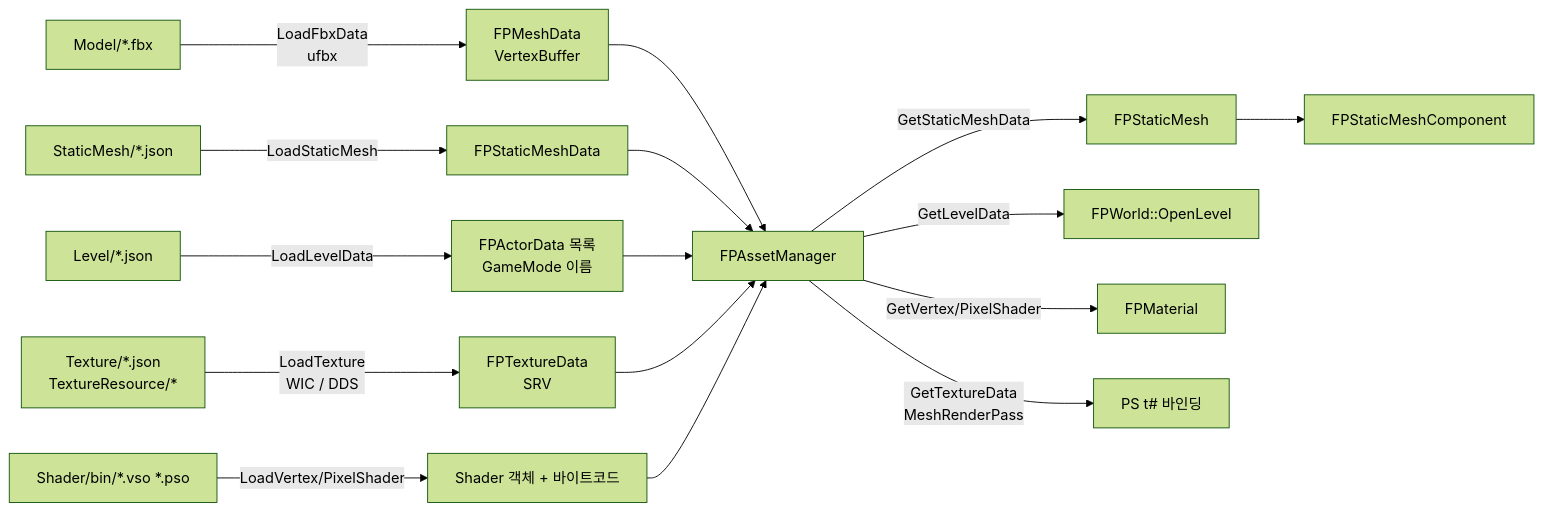
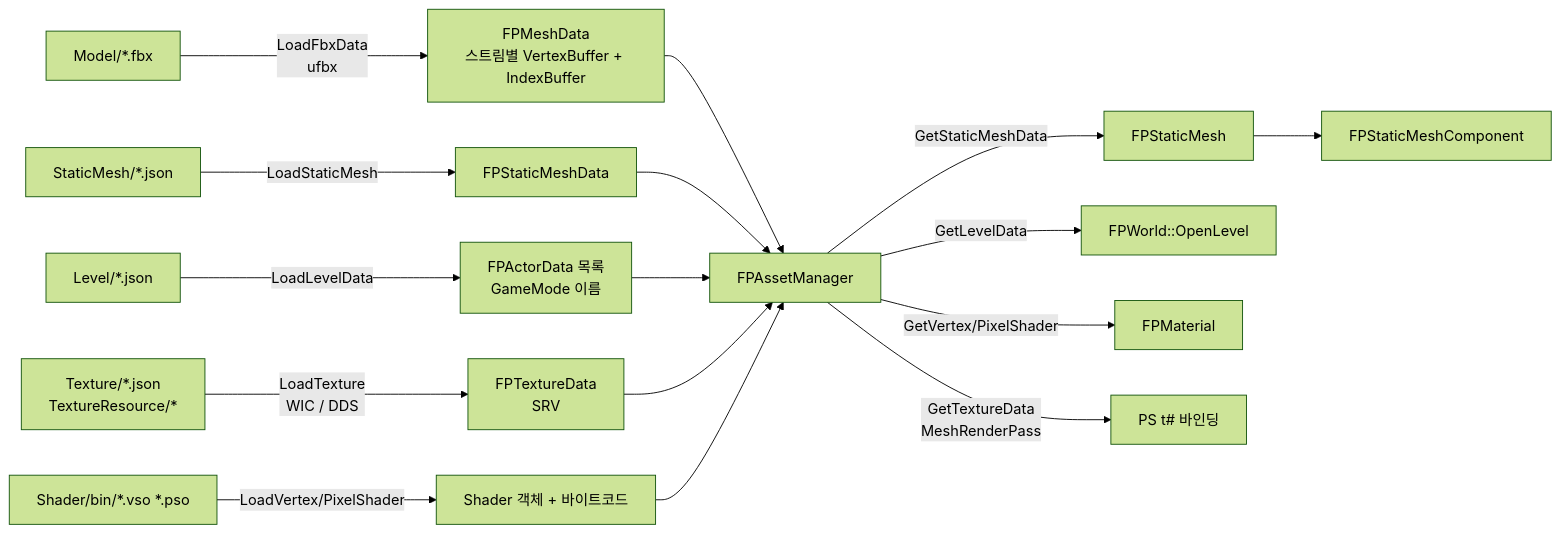
Diagram 13 of 14 in README.md (Gat-Young/ForestPearlEngine), drawn with Mermaid (forest theme) before and after one commit. The commit also changed other lines of this file and 1 other file, not shown here.

````diff
--- a/README.md
+++ b/README.md
@@ -1153,17 +1228,17 @@
 ```mermaid
 flowchart LR
-    FBX["Model/*.fbx"] -->|"LoadFbxData<br/>ufbx"| MD["FPMeshData<br/>VertexBuffer"]
+    FBX["Model/*.fbx"] -->|"LoadFbxData<br/>ufbx"| MD["FPMeshData<br/>스트림별 VertexBuffer + IndexBuffer"]
     SMJ["StaticMesh/*.json"] -->|"LoadStaticMesh"| SMD["FPStaticMeshData"]
     LVJ["Level/*.json"] -->|"LoadLevelData"| LVD["FPActorData 목록<br/>GameMode 이름"]
     TXJ["Texture/*.json<br/>TextureResource/*"] -->|"LoadTexture<br/>WIC / DDS"| TXD["FPTextureData<br/>SRV"]
     SH["Shader/bin/*.vso *.pso"] -->|"LoadVertex/PixelShader"| SHD["Shader 객체 + 바이트코드"]
     MD --> AM["FPAssetManager"]
     SMD --> AM
     LVD --> AM
     TXD --> AM
     SHD --> AM
     AM -->|"GetStaticMeshData"| SMO["FPStaticMesh"] --> SMC["FPStaticMeshComponent"]
     AM -->|"GetLevelData"| W["FPWorld::OpenLevel"]
     AM -->|"GetVertex/PixelShader"| MAT["FPMaterial"]
     AM -->|"GetTextureData<br/>MeshRenderPass"| TXR["PS t# 바인딩"]
 ```
````
